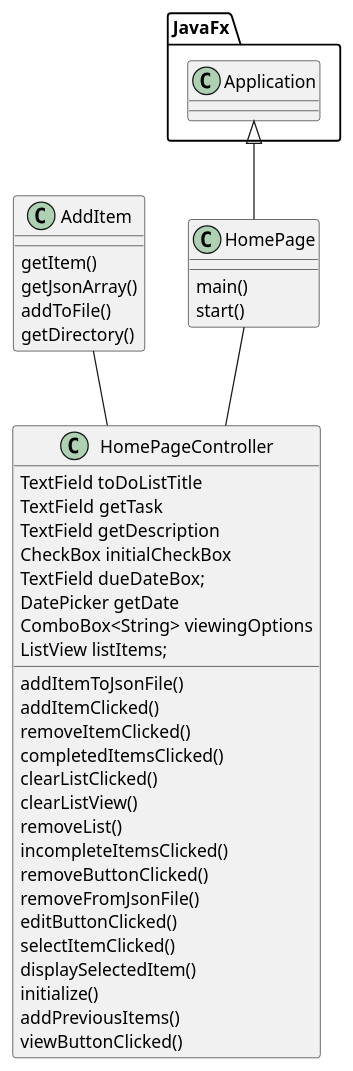
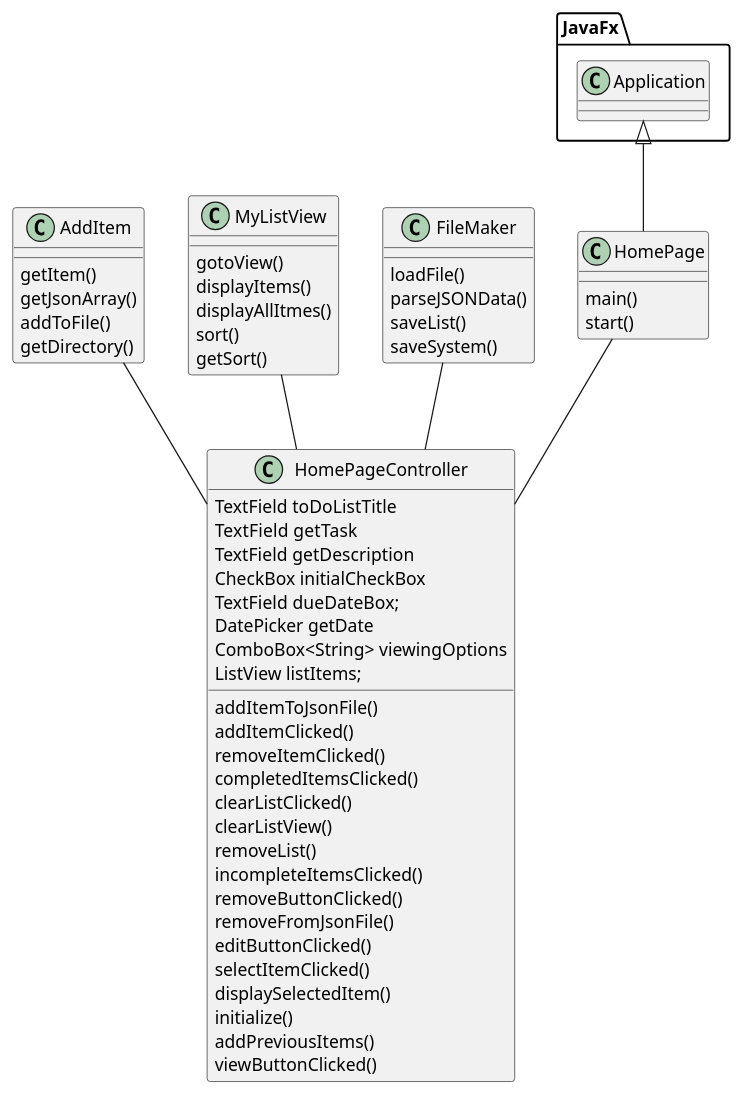
One commit to yuuniper/To-do-list changed the diagram in uml/ToDoList.puml. Above: the diagram before and after it, drawn with PlantUML. The commit also changed 8 other files, not shown here.

```diff
--- a/uml/ToDoList.puml
+++ b/uml/ToDoList.puml
@@ -1,52 +1,68 @@
 @startuml
 'https://plantuml.com/class-diagram
 
 Class HomePage{
 main()
 start()
 }
 
 
 
 Class HomePageController{
 
 TextField toDoListTitle
 TextField getTask
 TextField getDescription
 CheckBox initialCheckBox
 TextField dueDateBox;
 DatePicker getDate
 ComboBox<String> viewingOptions
  ListView listItems;
 
 addItemToJsonFile()
 addItemClicked()
 removeItemClicked()
 completedItemsClicked()
 clearListClicked()
 clearListView()
 removeList()
 incompleteItemsClicked()
 removeButtonClicked()
  removeFromJsonFile()
 editButtonClicked()
 selectItemClicked()
 displaySelectedItem()
 initialize()
 addPreviousItems()
 viewButtonClicked()
 }
 
 Class AddItem{
  getItem()
  getJsonArray()
  addToFile()
  getDirectory()
 }
 
+Class MyListView{
+gotoView()
+displayItems()
+displayAllItmes()
+sort()
+getSort()
+}
+
+Class FileMaker{
+loadFile()
+parseJSONData()
+saveList()
+saveSystem()
+}
 JavaFx.Application <|-- HomePage
 
 
 HomePage--HomePageController
 AddItem--HomePageController
+MyListView--HomePageController
+FileMaker--HomePageController
 @enduml
```
